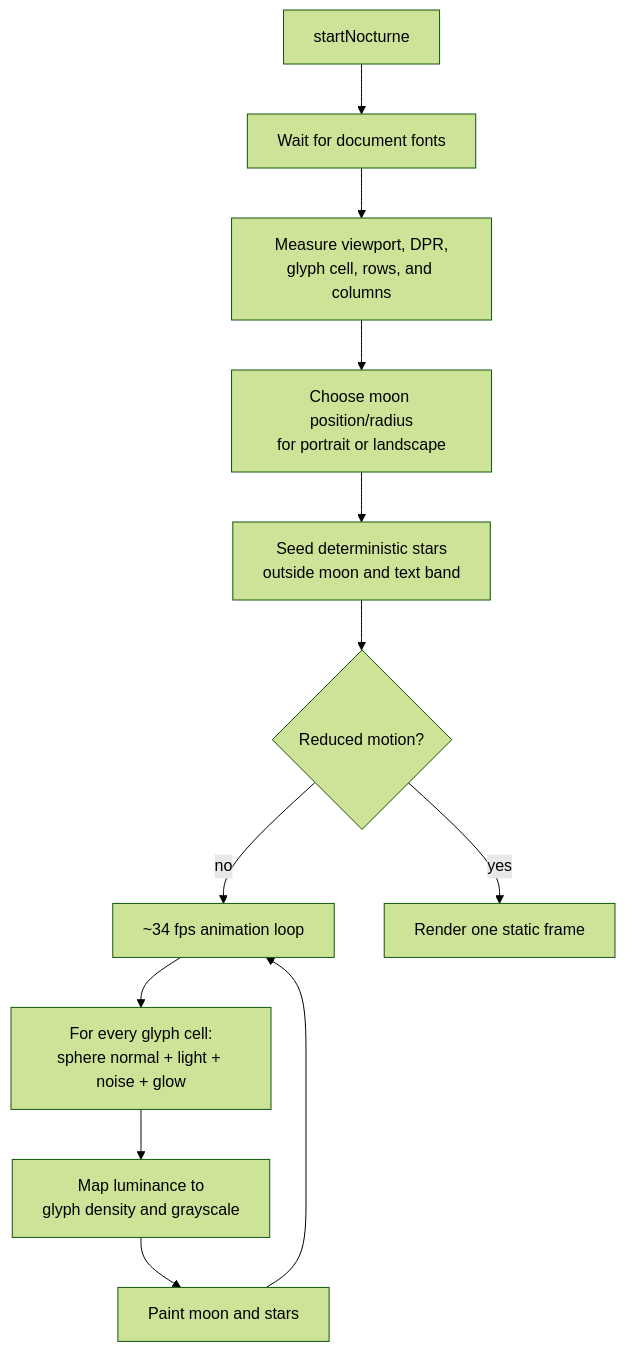
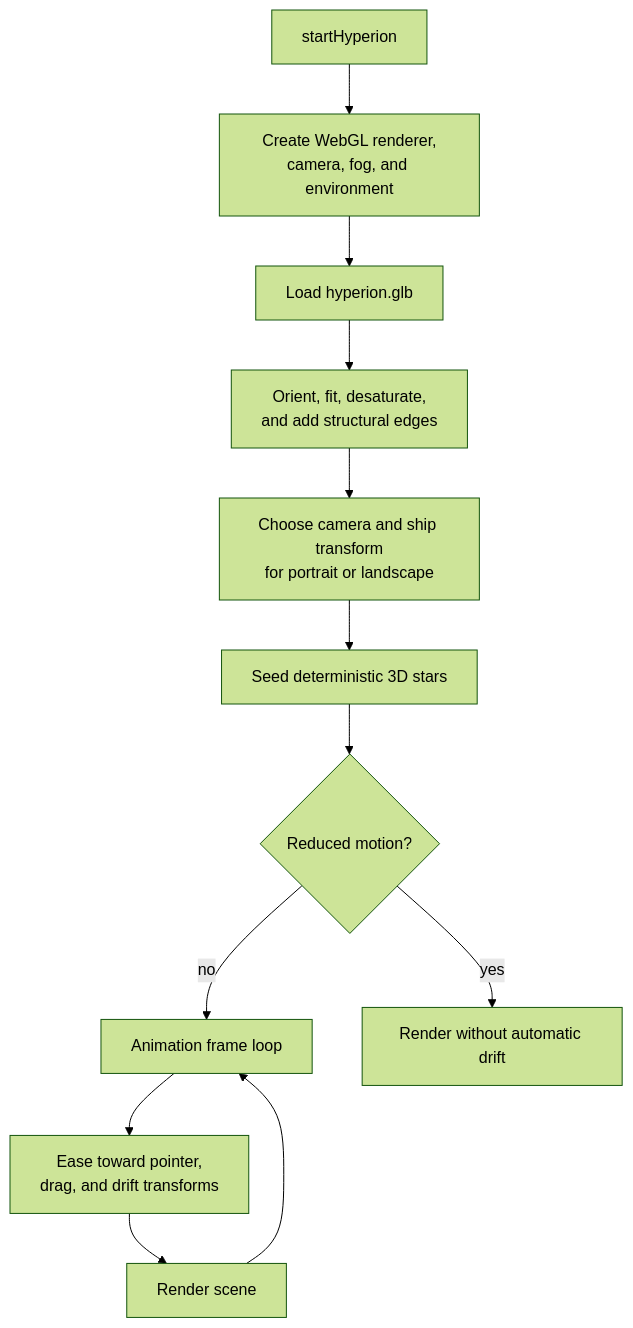
The third of 4 diagrams in docs/architecture.md (krmznkr/me), drawn with Mermaid (forest theme) before and after one commit. The commit also changed other lines of this file and 10 other files, not shown here.

Commit message:
Add cinematic Hyperion scene (#12)

````diff
--- a/docs/architecture.md
+++ b/docs/architecture.md
@@ -68,18 +68,18 @@
 ```mermaid
 flowchart TD
-  start["startNocturne"]
-  wait["Wait for document fonts"]
-  size["Measure viewport, DPR,<br/>glyph cell, rows, and columns"]
-  compose["Choose moon position/radius<br/>for portrait or landscape"]
-  stars["Seed deterministic stars<br/>outside moon and text band"]
+  start["startHyperion"]
+  setup["Create WebGL renderer,<br/>camera, fog, and environment"]
+  load["Load hyperion.glb"]
+  model["Orient, fit, desaturate,<br/>and add structural edges"]
+  compose["Choose camera and ship transform<br/>for portrait or landscape"]
+  stars["Seed deterministic 3D stars"]
   motion{"Reduced motion?"}
-  frame["~34 fps animation loop"]
-  sample["For every glyph cell:<br/>sphere normal + light + noise + glow"]
-  glyph["Map luminance to<br/>glyph density and grayscale"]
-  paint["Paint moon and stars"]
-  static["Render one static frame"]
+  frame["Animation frame loop"]
+  input["Ease toward pointer,<br/>drag, and drift transforms"]
+  paint["Render scene"]
+  static["Render without automatic drift"]
 
-  start --> wait --> size --> compose --> stars --> motion
+  start --> setup --> load --> model --> compose --> stars --> motion
   motion -->|"yes"| static
-  motion -->|"no"| frame --> sample --> glyph --> paint --> frame
+  motion -->|"no"| frame --> input --> paint --> frame
 ```
````
